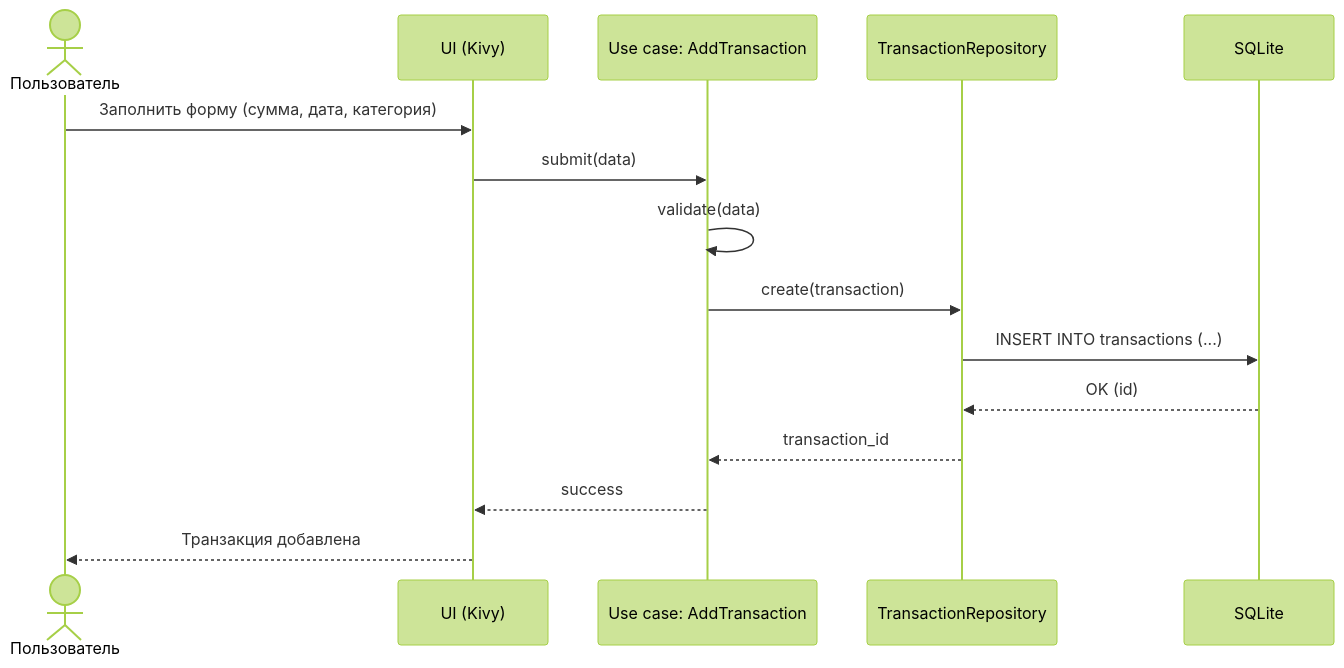
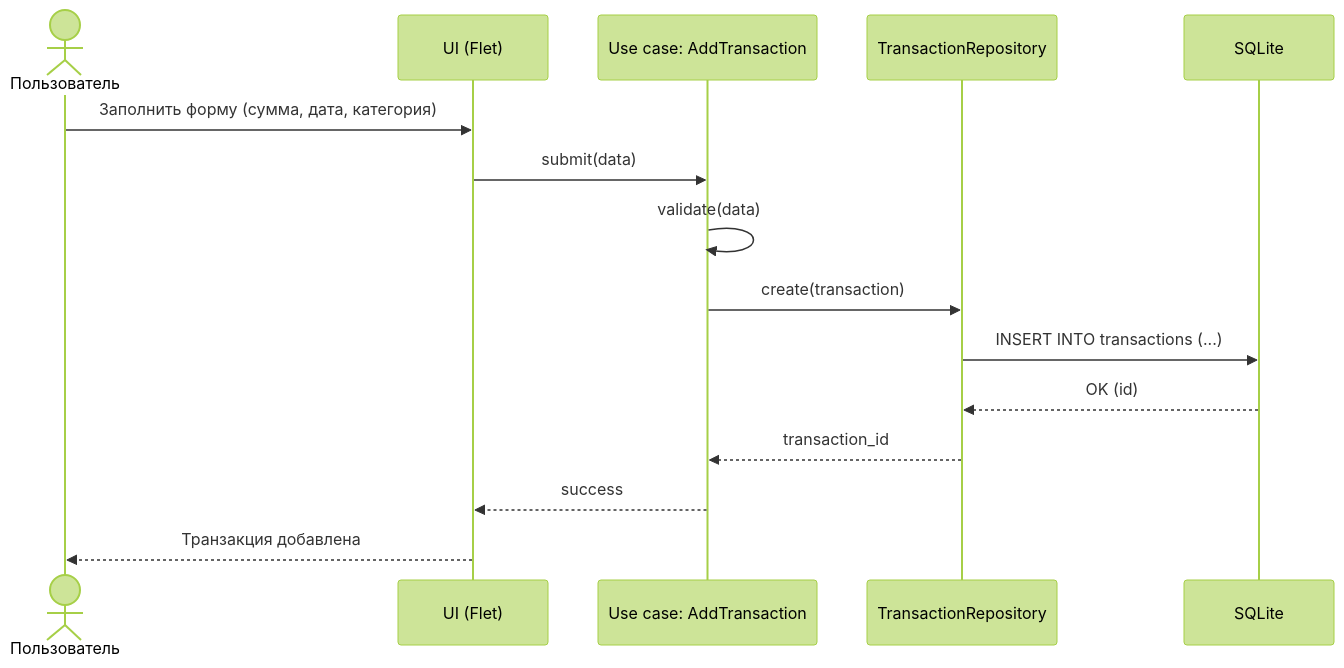
One commit to cakeasaur/variant43-personal-finance changed the diagram in docs/diagrams/seq_add_transaction.mmd. Above: the diagram before and after it, drawn with Mermaid (forest theme). The commit also changed 21 other files, not shown here.

```diff
--- a/docs/diagrams/seq_add_transaction.mmd
+++ b/docs/diagrams/seq_add_transaction.mmd
@@ -1,16 +1,16 @@
 sequenceDiagram
   actor User as Пользователь
-  participant UI as UI (Kivy)
+  participant UI as UI (Flet)
   participant UC as Use case: AddTransaction
   participant Repo as TransactionRepository
   participant DB as SQLite
 
   User->>UI: Заполнить форму (сумма, дата, категория)
   UI->>UC: submit(data)
   UC->>UC: validate(data)
   UC->>Repo: create(transaction)
   Repo->>DB: INSERT INTO transactions (...)
   DB-->>Repo: OK (id)
   Repo-->>UC: transaction_id
   UC-->>UI: success
   UI-->>User: Транзакция добавлена
```
